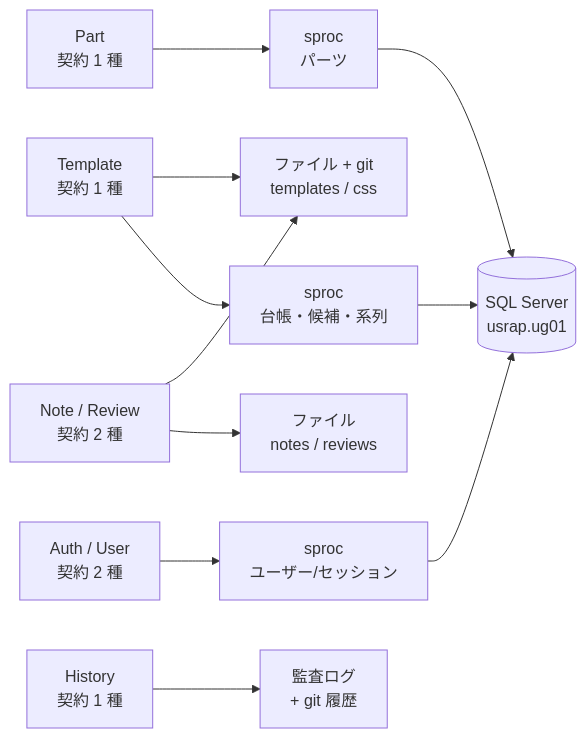
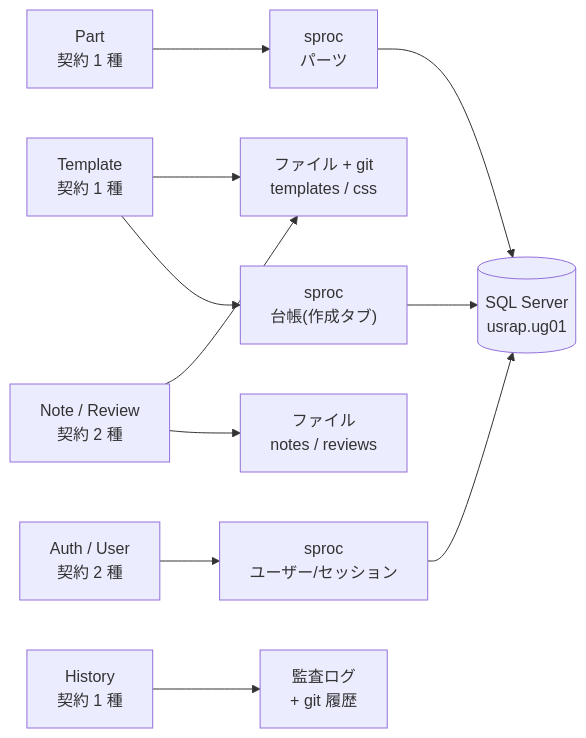
One commit to koichi-araki-0801/workspace changed the first of 4 diagrams in docs/editor/src/設計書.md. Above: the diagram before and after it, drawn with Mermaid. The commit also changed other lines of this file and 36 other files, not shown here.

````diff
--- a/docs/editor/src/設計書.md
+++ b/docs/editor/src/設計書.md
@@ -187,13 +195,13 @@
 ```mermaid
 flowchart LR
   A["Auth / User<br/>契約 2 種"] --> S1["sproc<br/>ユーザー/セッション"]
-  T["Template<br/>契約 1 種"] --> S2["sproc<br/>台帳・候補・系列"]
+  T["Template<br/>契約 1 種"] --> S2["sproc<br/>台帳(作成タブ)"]
   T --> F1["ファイル + git<br/>templates / css"]
   P["Part<br/>契約 1 種"] --> S3["sproc<br/>パーツ"]
   H["History<br/>契約 1 種"] --> F2["監査ログ<br/>+ git 履歴"]
   N["Note / Review<br/>契約 2 種"] --> F3["ファイル<br/>notes / reviews"]
   N --> F1
   S1 --> DB[("SQL Server<br/>usrap.ug01")]
   S2 --> DB
   S3 --> DB
 ```
````
